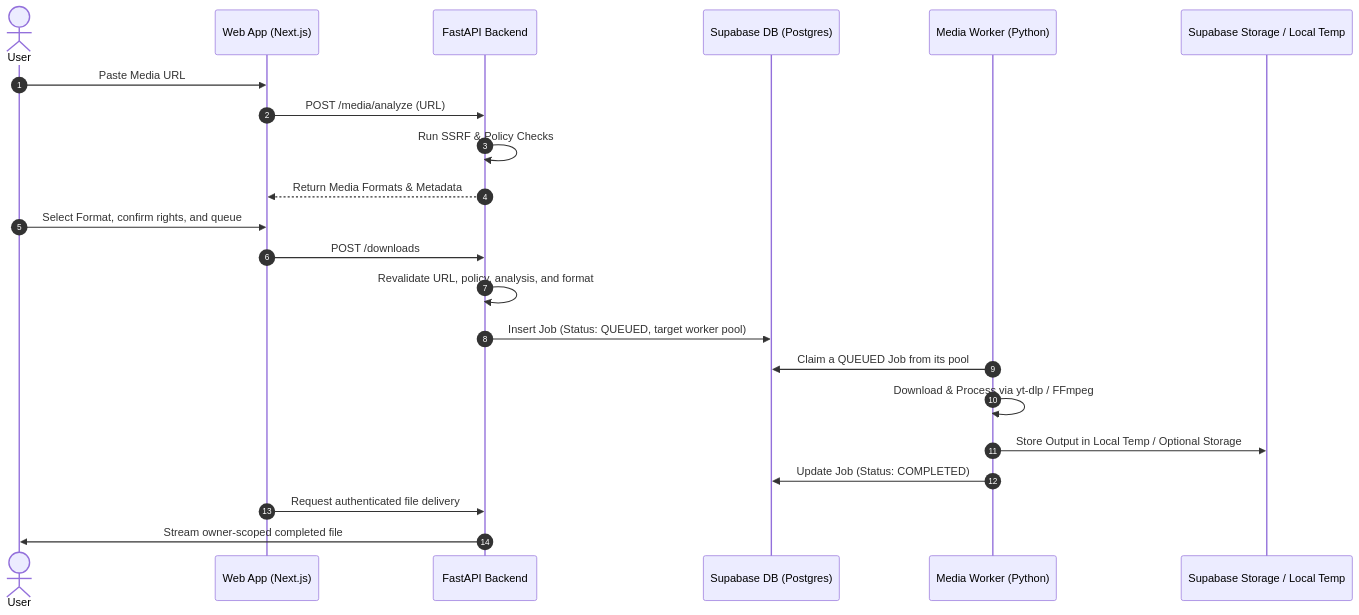
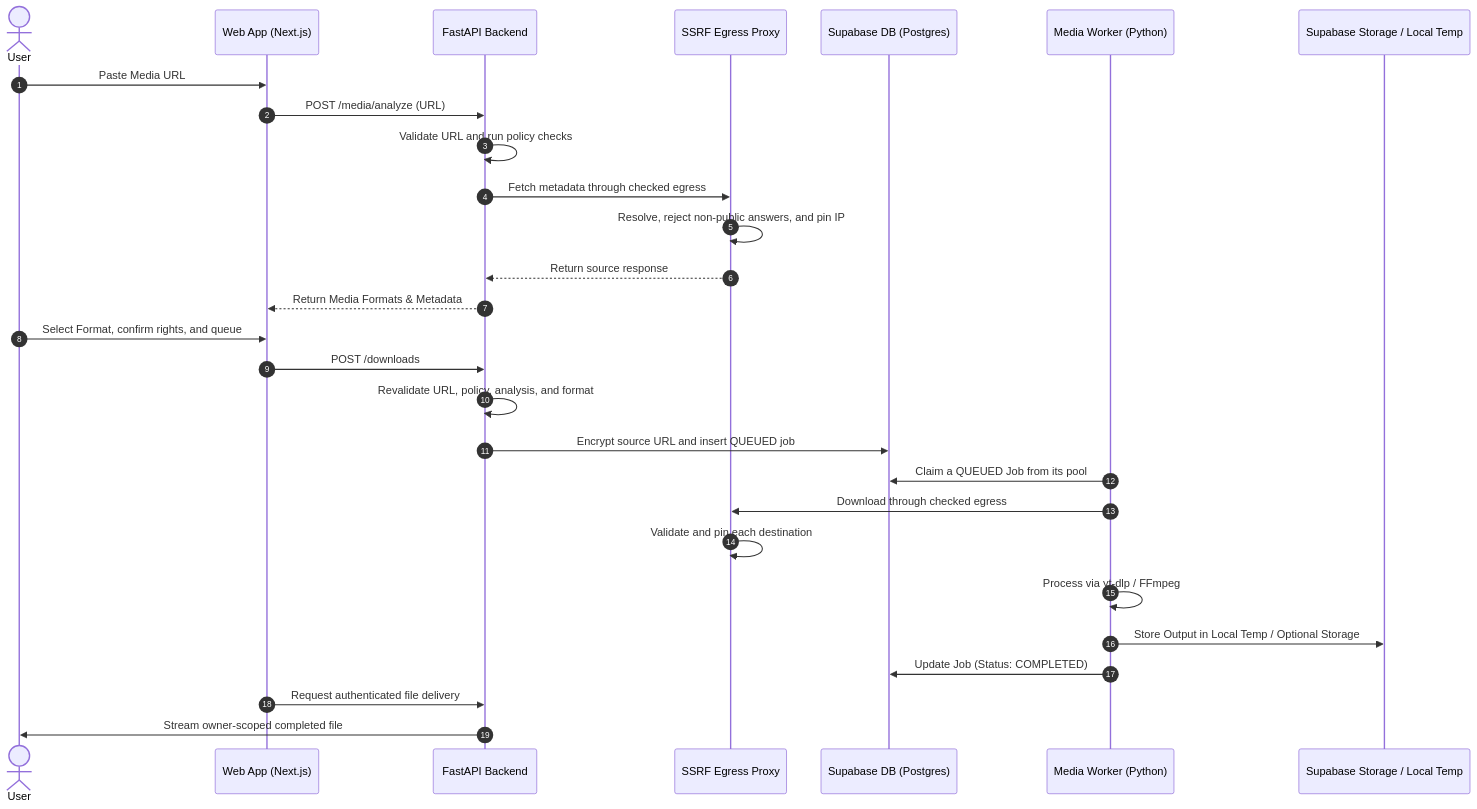
One commit to Wattanaroj2567/media-loader changed the diagram in docs/en/DEVELOPER_GUIDE.md. Above: the diagram before and after it, drawn with Mermaid. The commit also changed other lines of this file and 48 other files, not shown here.

First line of the commit message:
feat(security): encrypt stored URLs and route media egress through SSRF proxy

````diff
--- a/docs/en/DEVELOPER_GUIDE.md
+++ b/docs/en/DEVELOPER_GUIDE.md
@@ -30,25 +31,31 @@
 ```mermaid
 sequenceDiagram
     autonumber
     actor User
     participant Web as Web App (Next.js)
     participant API as FastAPI Backend
+    participant Proxy as SSRF Egress Proxy
     participant DB as Supabase DB (Postgres)
     participant Worker as Media Worker (Python)
     participant Storage as Supabase Storage / Local Temp
 
     User->>Web: Paste Media URL
     Web->>API: POST /media/analyze (URL)
-    API->>API: Run SSRF & Policy Checks
+    API->>API: Validate URL and run policy checks
+    API->>Proxy: Fetch metadata through checked egress
+    Proxy->>Proxy: Resolve, reject non-public answers, and pin IP
+    Proxy-->>API: Return source response
     API-->>Web: Return Media Formats & Metadata
     User->>Web: Select Format, confirm rights, and queue
     Web->>API: POST /downloads
     API->>API: Revalidate URL, policy, analysis, and format
-    API->>DB: Insert Job (Status: QUEUED, target worker pool)
+    API->>DB: Encrypt source URL and insert QUEUED job
     Worker->>DB: Claim a QUEUED Job from its pool
-    Worker->>Worker: Download & Process via yt-dlp / FFmpeg
+    Worker->>Proxy: Download through checked egress
+    Proxy->>Proxy: Validate and pin each destination
+    Worker->>Worker: Process via yt-dlp / FFmpeg
     Worker->>Storage: Store Output in Local Temp / Optional Storage
     Worker->>DB: Update Job (Status: COMPLETED)
     Web->>API: Request authenticated file delivery
     API->>User: Stream owner-scoped completed file
 ```
````
